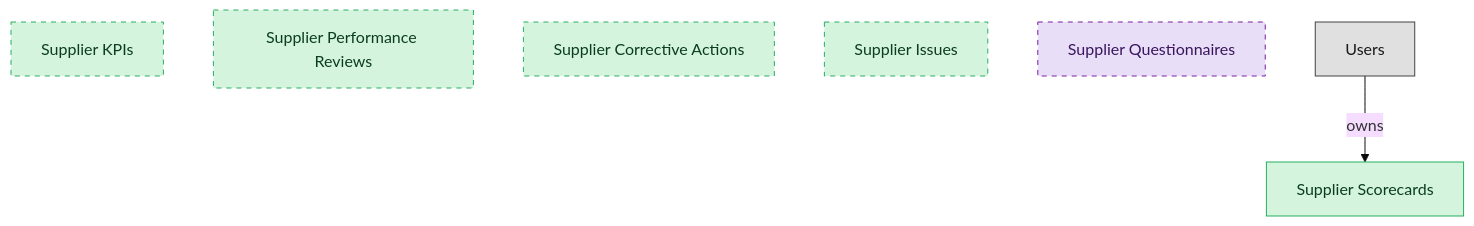
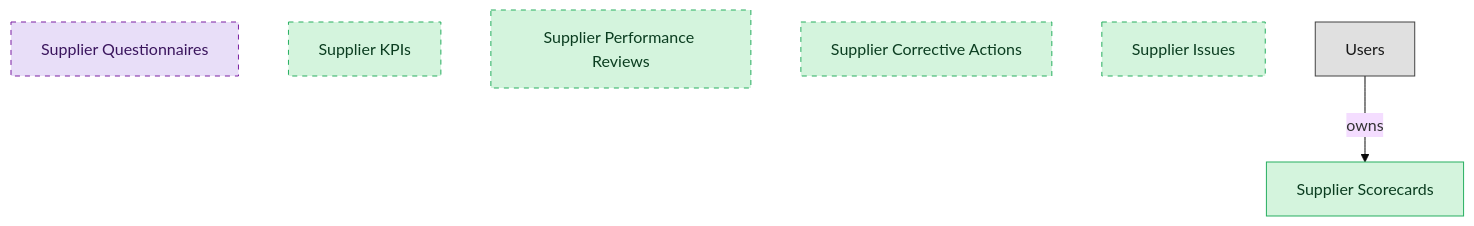
One commit to IntranetFactory/domain-map changed the diagram in catalog/blueprints/srm-performance-mgmt-semantic-blueprint.md. Above: the diagram before and after it, drawn with Mermaid (base theme). The commit also changed other lines of this file and 122 other files, not shown here.

````diff
--- a/catalog/blueprints/srm-performance-mgmt-semantic-blueprint.md
+++ b/catalog/blueprints/srm-performance-mgmt-semantic-blueprint.md
@@ -35,26 +36,26 @@
 ```mermaid
 flowchart TD
   classDef master fill:#d4f4dd,stroke:#27ae60,color:#0b3d20;
   classDef consumer fill:#e8def8,stroke:#7b1fa2,color:#3a155d;
   classDef platform_builtin fill:#e0e0e0,stroke:#424242,color:#1a1a1a;
   supplier_scorecards["Supplier Scorecards"]
+  supplier_questionnaires["Supplier Questionnaires"]
   supplier_kpis["Supplier KPIs"]
   supplier_performance_reviews["Supplier Performance Reviews"]
   supplier_corrective_actions["Supplier Corrective Actions"]
   supplier_issues["Supplier Issues"]
-  supplier_questionnaires["Supplier Questionnaires"]
   users["Users"]
   users -->|"owns"| supplier_scorecards
   class supplier_scorecards master;
+  class supplier_questionnaires consumer;
   class supplier_kpis master;
   class supplier_performance_reviews master;
   class supplier_corrective_actions master;
   class supplier_issues master;
-  class supplier_questionnaires consumer;
   class users platform_builtin;
+  style supplier_questionnaires stroke-dasharray:5 5;
   style supplier_kpis stroke-dasharray:5 5;
   style supplier_performance_reviews stroke-dasharray:5 5;
   style supplier_corrective_actions stroke-dasharray:5 5;
   style supplier_issues stroke-dasharray:5 5;
-  style supplier_questionnaires stroke-dasharray:5 5;
 ```
````
